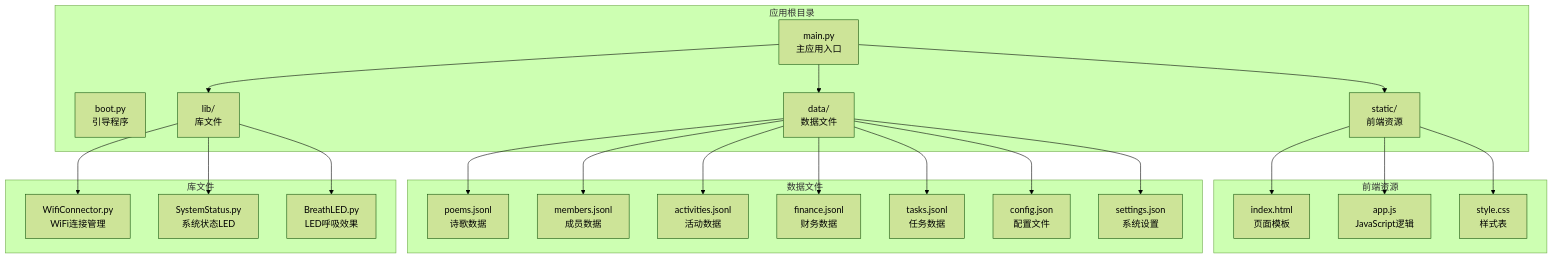
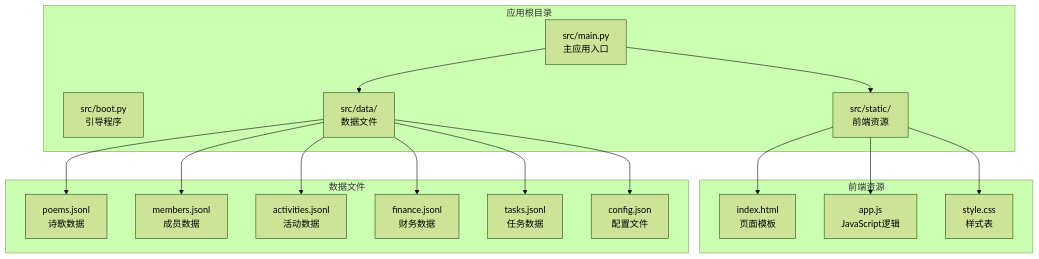
Before and after one commit to qq20739111/weilushishe-lishitai: the first of 11 diagrams in .qoder/repowiki/zh/content/数据管理/JSONL数据库系统.md, drawn with Mermaid (forest theme). The commit also changed other lines of this file and 23 other files, not shown here.

````diff
--- a/.qoder/repowiki/zh/content/数据管理/JSONL数据库系统.md
+++ b/.qoder/repowiki/zh/content/数据管理/JSONL数据库系统.md
@@ -47,45 +41,33 @@
 ```mermaid
 graph TB
 subgraph "应用根目录"
-A[main.py<br/>主应用入口]
-B[boot.py<br/>引导程序]
-C[static/<br/>前端资源]
-D[data/<br/>数据文件]
-E[lib/<br/>库文件]
+A[src/main.py<br/>主应用入口]
+B[src/boot.py<br/>引导程序]
+C[src/static/<br/>前端资源]
+D[src/data/<br/>数据文件]
 end
 subgraph "前端资源"
-F[index.html<br/>页面模板]
-G[app.js<br/>JavaScript逻辑]
-H[style.css<br/>样式表]
+E[index.html<br/>页面模板]
+F[app.js<br/>JavaScript逻辑]
+G[style.css<br/>样式表]
 end
 subgraph "数据文件"
-I[poems.jsonl<br/>诗歌数据]
-J[members.jsonl<br/>成员数据]
-K[activities.jsonl<br/>活动数据]
-L[finance.jsonl<br/>财务数据]
-M[tasks.jsonl<br/>任务数据]
-N[config.json<br/>配置文件]
-O[settings.json<br/>系统设置]
-end
-subgraph "库文件"
-P[WifiConnector.py<br/>WiFi连接管理]
-Q[SystemStatus.py<br/>系统状态LED]
-R[BreathLED.py<br/>LED呼吸效果]
+H[poems.jsonl<br/>诗歌数据]
+I[members.jsonl<br/>成员数据]
+J[activities.jsonl<br/>活动数据]
+K[finance.jsonl<br/>财务数据]
+L[tasks.jsonl<br/>任务数据]
+M[config.json<br/>配置文件]
 end
 A --> C
 A --> D
-A --> E
+C --> E
 C --> F
 C --> G
-C --> H
+D --> H
 D --> I
 D --> J
 D --> K
 D --> L
 D --> M
-D --> N
-D --> O
-E --> P
-E --> Q
-E --> R
 ```
````
